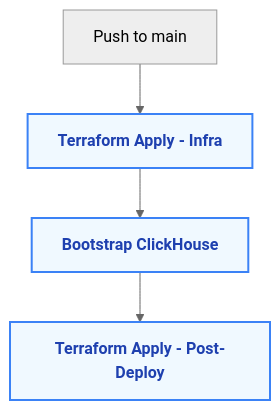
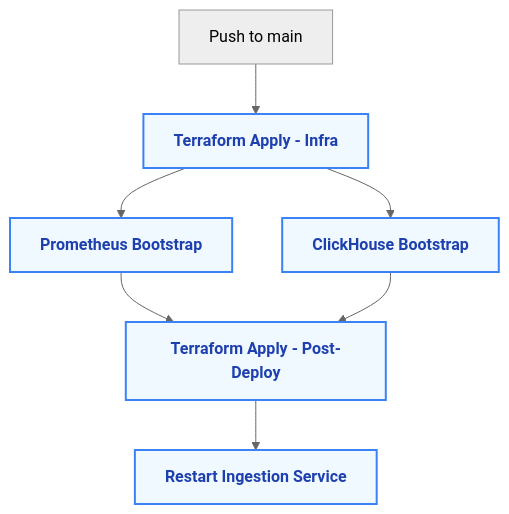
The diagram in README.md (florita1/clickhouse-observability-platform), drawn with Mermaid (neutral theme) before and after one commit. The commit also changed other lines of this file and 4 other files, not shown here.

````diff
--- a/README.md
+++ b/README.md
@@ -161,12 +165,16 @@
 ```mermaid
 flowchart TD
   A[Push to main] --> B[Terraform Apply - Infra]
-  B --> C[Bootstrap ClickHouse]
-  C --> D[Terraform Apply - Post-Deploy]
+  B --> C[Prometheus Bootstrap]
+  B --> D[ClickHouse Bootstrap]
+  C & D --> E[Terraform Apply - Post-Deploy]
+  E --> F[Restart Ingestion Service]
 
   B:::job
   C:::job
   D:::job
+  E:::job
+  F:::job
 
   classDef job fill:#f0f9ff,stroke:#3b82f6,stroke-width:2px,color:#1e40af,font-weight:bold
 ```
````
